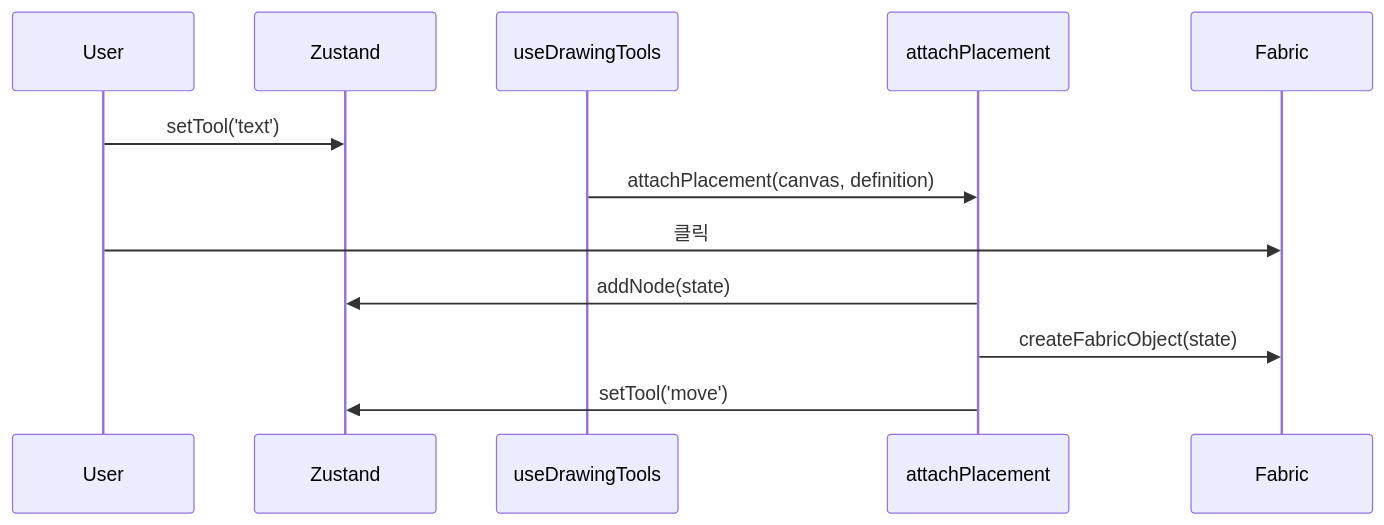
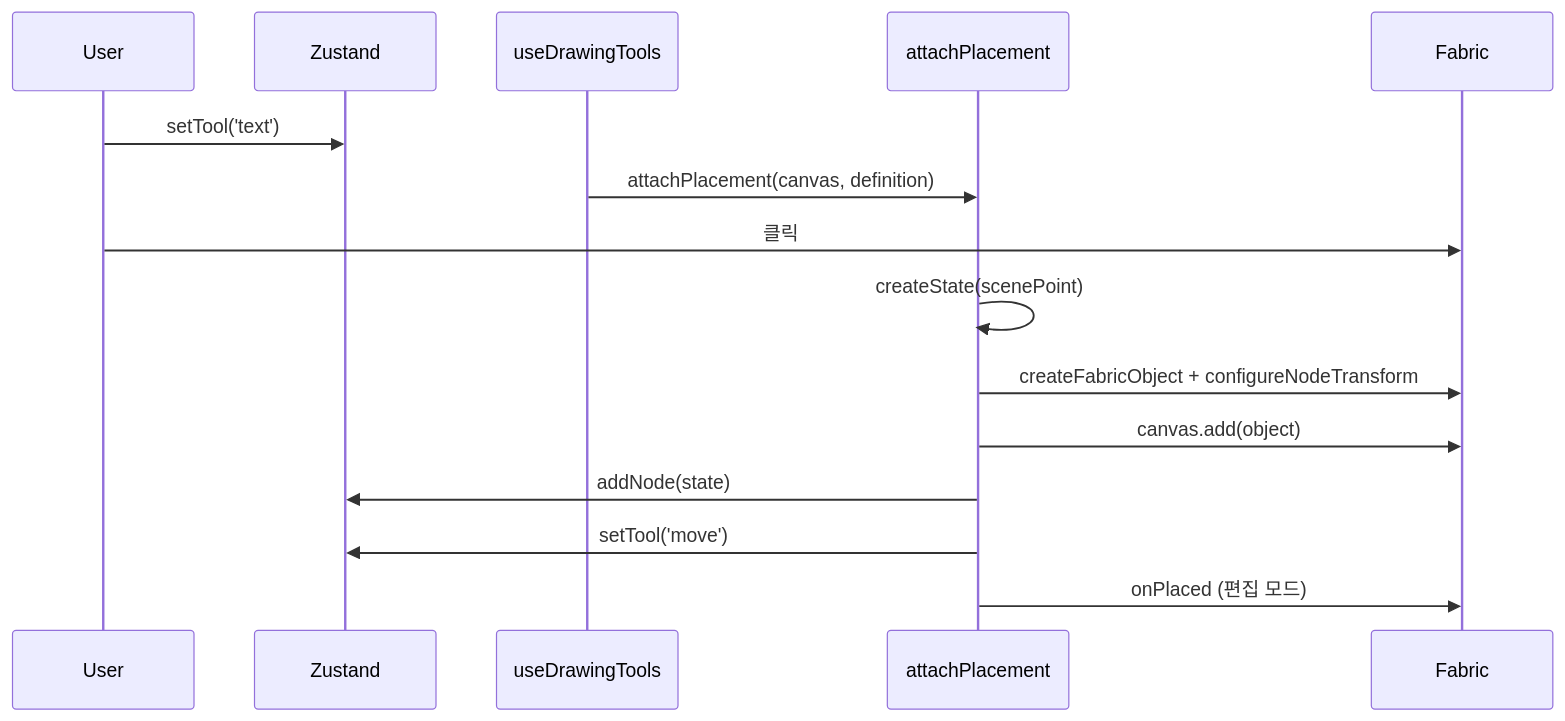
Before and after one commit to ToKyun02/canvas: the diagram in apps/docs/guide/adding-nodes.md, drawn with Mermaid. The commit also changed other lines of this file and 25 other files, not shown here.

````diff
--- a/apps/docs/guide/adding-nodes.md
+++ b/apps/docs/guide/adding-nodes.md
@@ -74,15 +86,18 @@
 ```mermaid
 sequenceDiagram
   participant User
   participant Store as Zustand
   participant Hook as useDrawingTools
   participant Placement as attachPlacement
   participant Fabric
 
   User->>Store: setTool('text')
   Hook->>Placement: attachPlacement(canvas, definition)
   User->>Fabric: 클릭
+  Placement->>Placement: createState(scenePoint)
+  Placement->>Fabric: createFabricObject + configureNodeTransform
+  Placement->>Fabric: canvas.add(object)
   Placement->>Store: addNode(state)
-  Placement->>Fabric: createFabricObject(state)
   Placement->>Store: setTool('move')
+  Placement->>Fabric: onPlaced (편집 모드)
 ```
````
